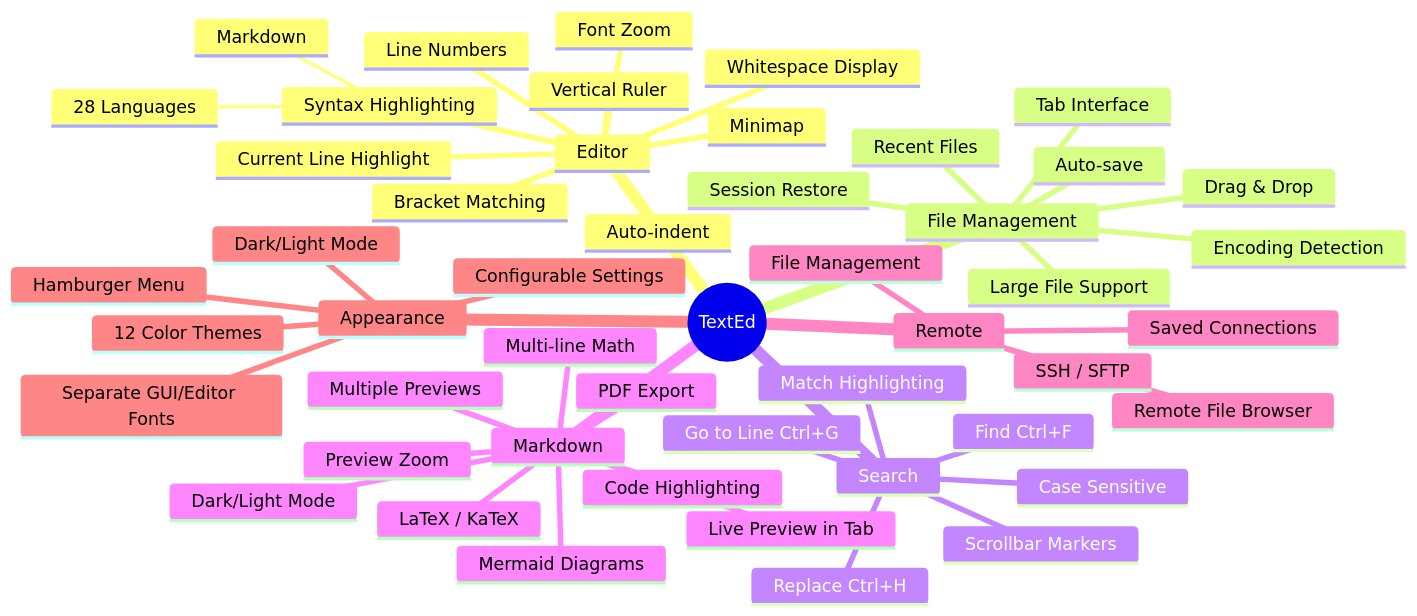
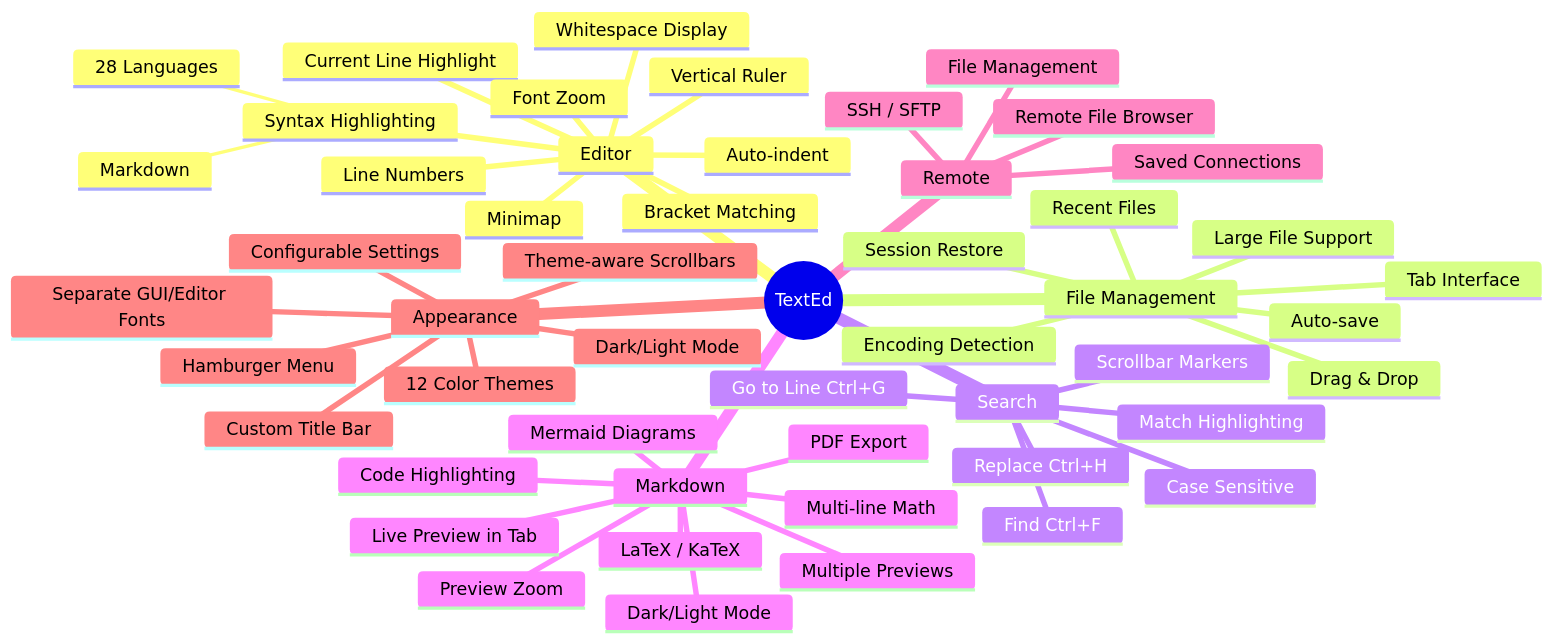
The tenth of 10 diagrams in docs/diagrams.md (dkrse/text-ed), drawn with Mermaid before and after one commit. The commit also changed other lines of this file and 9 other files, not shown here.

````diff
--- a/docs/diagrams.md
+++ b/docs/diagrams.md
@@ -372,52 +394,54 @@
 ```mermaid
 mindmap
   root((TextEd))
     Editor
       Syntax Highlighting
         28 Languages
         Markdown
       Line Numbers
       Current Line Highlight
       Bracket Matching
       Auto-indent
       Font Zoom
       Whitespace Display
       Vertical Ruler
       Minimap
     File Management
       Tab Interface
       Session Restore
       Recent Files
       Large File Support
       Drag & Drop
       Auto-save
       Encoding Detection
     Search
       Find Ctrl+F
       Replace Ctrl+H
       Go to Line Ctrl+G
       Match Highlighting
       Scrollbar Markers
       Case Sensitive
     Markdown
       Live Preview in Tab
       Multiple Previews
       Dark/Light Mode
       LaTeX / KaTeX
       Multi-line Math
       Mermaid Diagrams
       Code Highlighting
       Preview Zoom
       PDF Export
     Remote
       SSH / SFTP
       Remote File Browser
       File Management
       Saved Connections
     Appearance
+      Custom Title Bar
       Hamburger Menu
       12 Color Themes
       Dark/Light Mode
+      Theme-aware Scrollbars
       Separate GUI/Editor Fonts
       Configurable Settings
 ```
````
